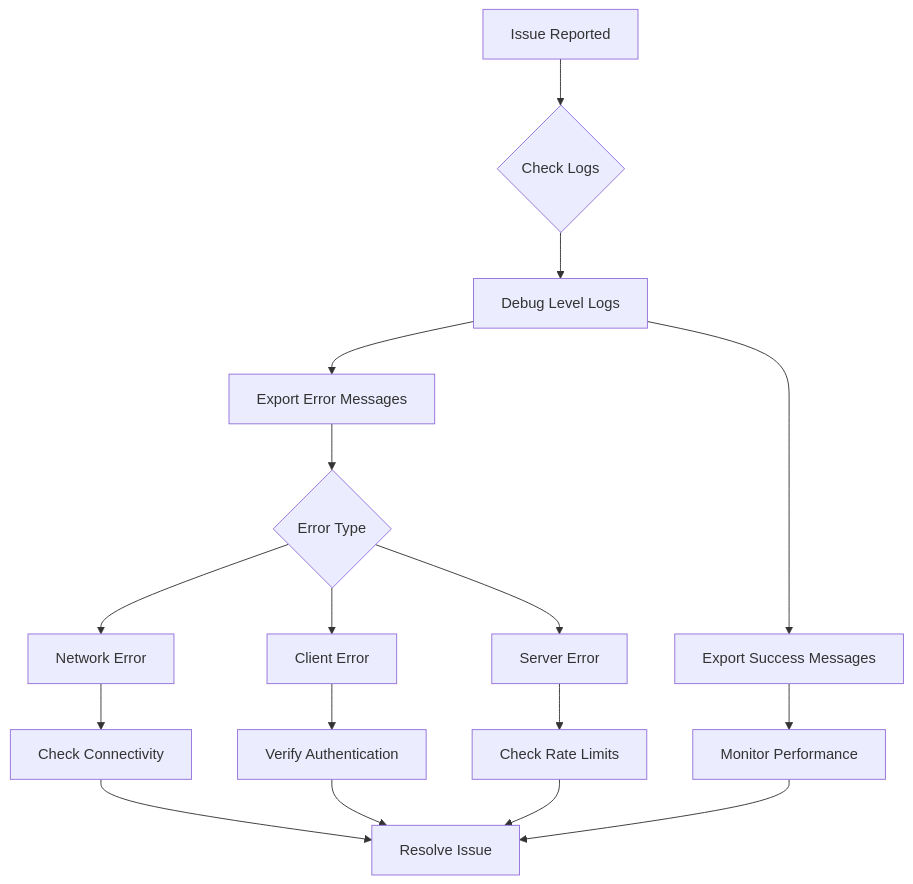
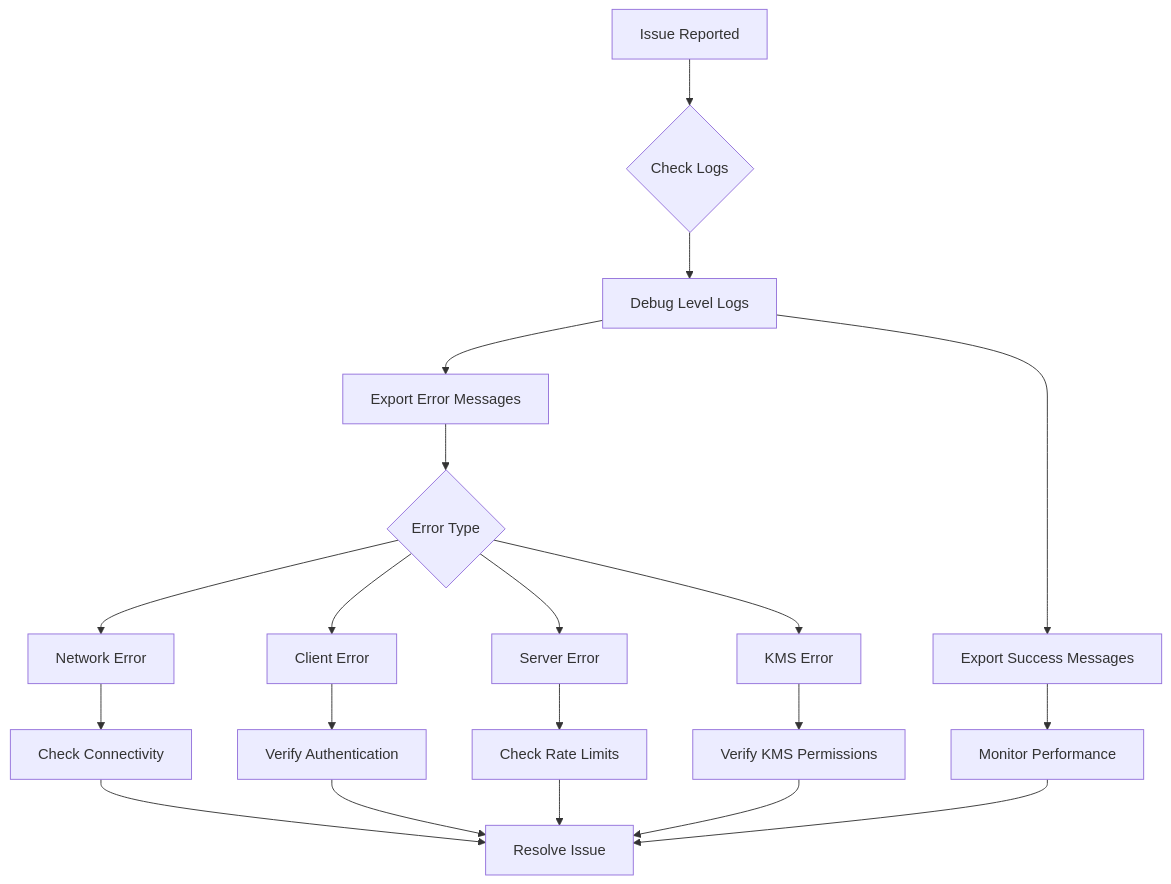
Before and after one commit to smedrec/smart-logs: the fifth of 5 diagrams in .qoder/repowiki/en/content/OTLP Observability Configuration.md, drawn with Mermaid. The commit also changed other lines of this file and 7 other files, not shown here.

````diff
--- a/.qoder/repowiki/en/content/OTLP Observability Configuration.md
+++ b/.qoder/repowiki/en/content/OTLP Observability Configuration.md
@@ -386,19 +475,22 @@
 ```mermaid
 flowchart TD
 A["Issue Reported"] --> B{"Check Logs"}
 B --> C["Debug Level Logs"]
 C --> D["Export Success Messages"]
 C --> E["Export Error Messages"]
 E --> F{"Error Type"}
 F --> G["Network Error"]
 F --> H["Client Error"]
 F --> I["Server Error"]
-G --> J["Check Connectivity"]
-H --> K["Verify Authentication"]
-I --> L["Check Rate Limits"]
-D --> M["Monitor Performance"]
-J --> N["Resolve Issue"]
-K --> N
-L --> N
-M --> N
+F --> J["KMS Error"]
+G --> K["Check Connectivity"]
+H --> L["Verify Authentication"]
+I --> M["Check Rate Limits"]
+J --> N["Verify KMS Permissions"]
+K --> O["Resolve Issue"]
+L --> O
+M --> O
+N --> O
+D --> P["Monitor Performance"]
+P --> O
 ```
````
